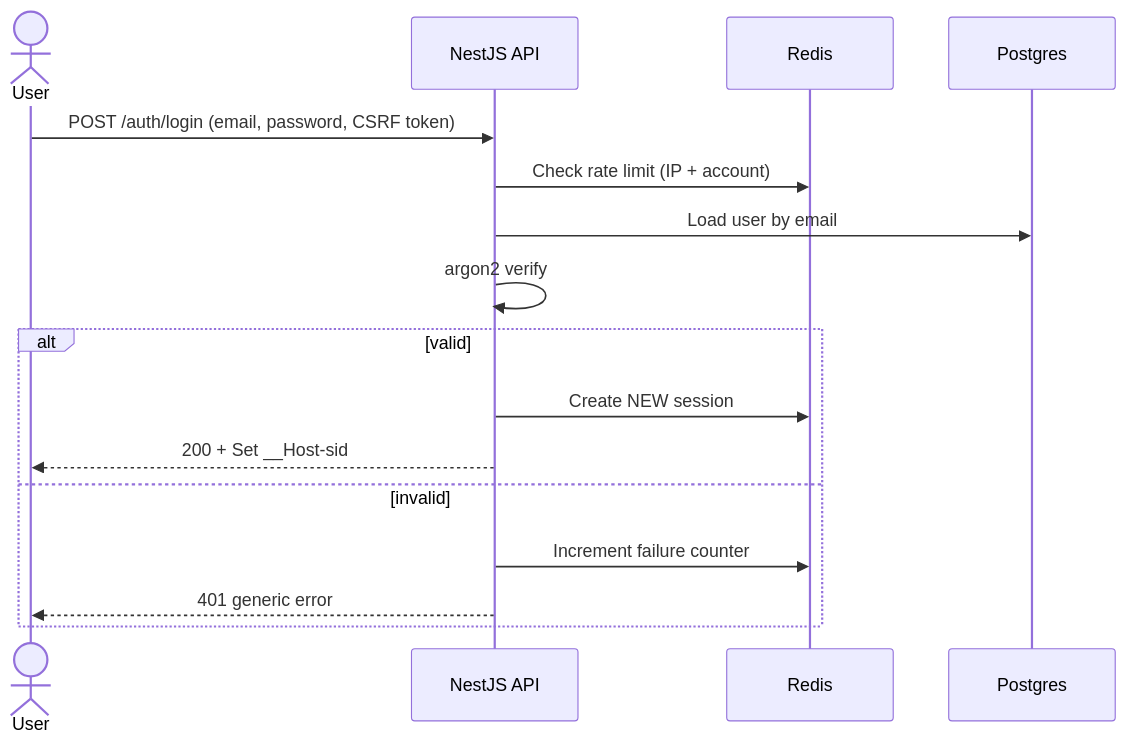
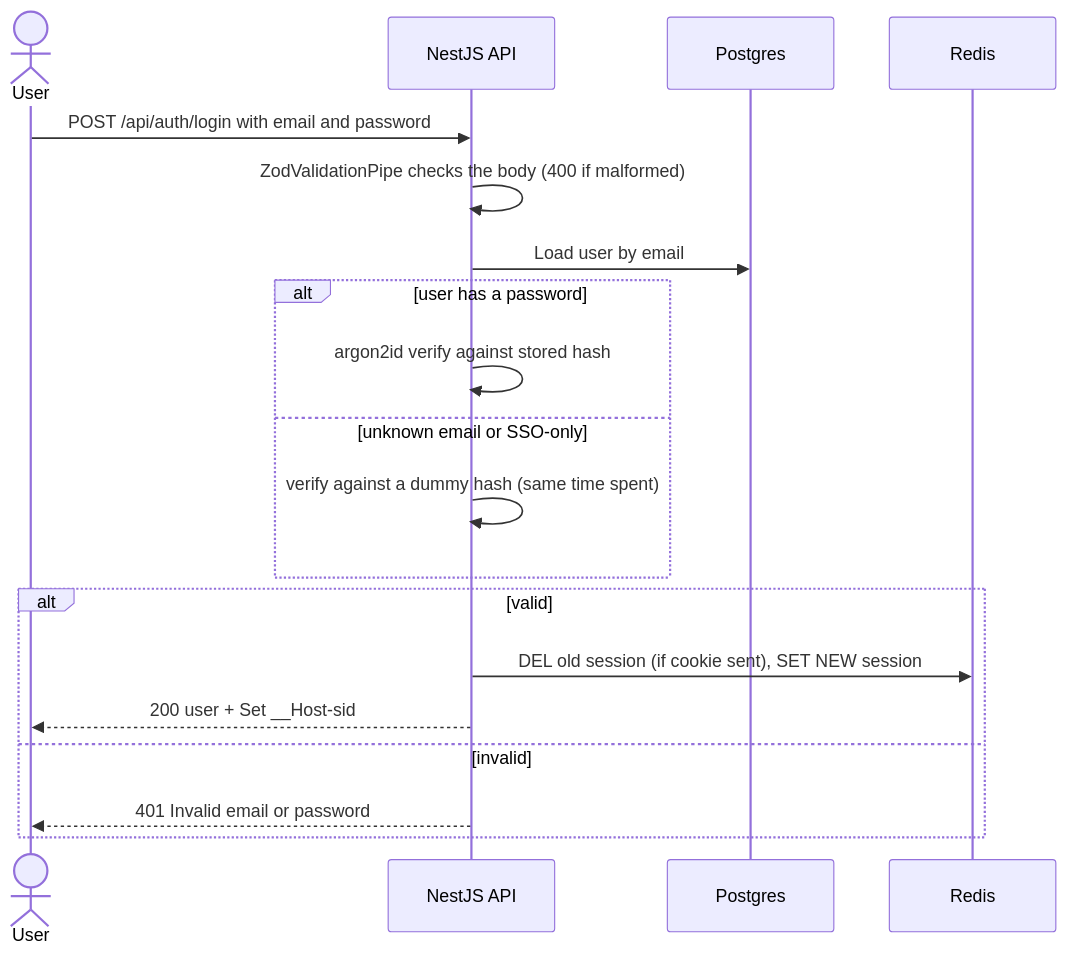
The third of 4 diagrams in docs/features/auth.md (orimazrafi/job-assistant), drawn with Mermaid before and after one commit. The commit also changed other lines of this file and 25 other files, not shown here.

First line of the commit message:
feat(001-03): email sign-up, login, and logout endpoints

````diff
--- a/docs/features/auth.md
+++ b/docs/features/auth.md
@@ -48,18 +48,21 @@
 ```mermaid
 sequenceDiagram
     actor U as User
     participant A as NestJS API
+    participant P as Postgres
     participant R as Redis
-    participant P as Postgres
-    U->>A: POST /auth/login (email, password, CSRF token)
-    A->>R: Check rate limit (IP + account)
+    U->>A: POST /api/auth/login with email and password
+    A->>A: ZodValidationPipe checks the body (400 if malformed)
     A->>P: Load user by email
-    A->>A: argon2 verify
+    alt user has a password
+        A->>A: argon2id verify against stored hash
+    else unknown email or SSO-only
+        A->>A: verify against a dummy hash (same time spent)
+    end
     alt valid
-        A->>R: Create NEW session
-        A-->>U: 200 + Set __Host-sid
+        A->>R: DEL old session (if cookie sent), SET NEW session
+        A-->>U: 200 user + Set __Host-sid
     else invalid
-        A->>R: Increment failure counter
-        A-->>U: 401 generic error
+        A-->>U: 401 Invalid email or password
     end
 ```
````
